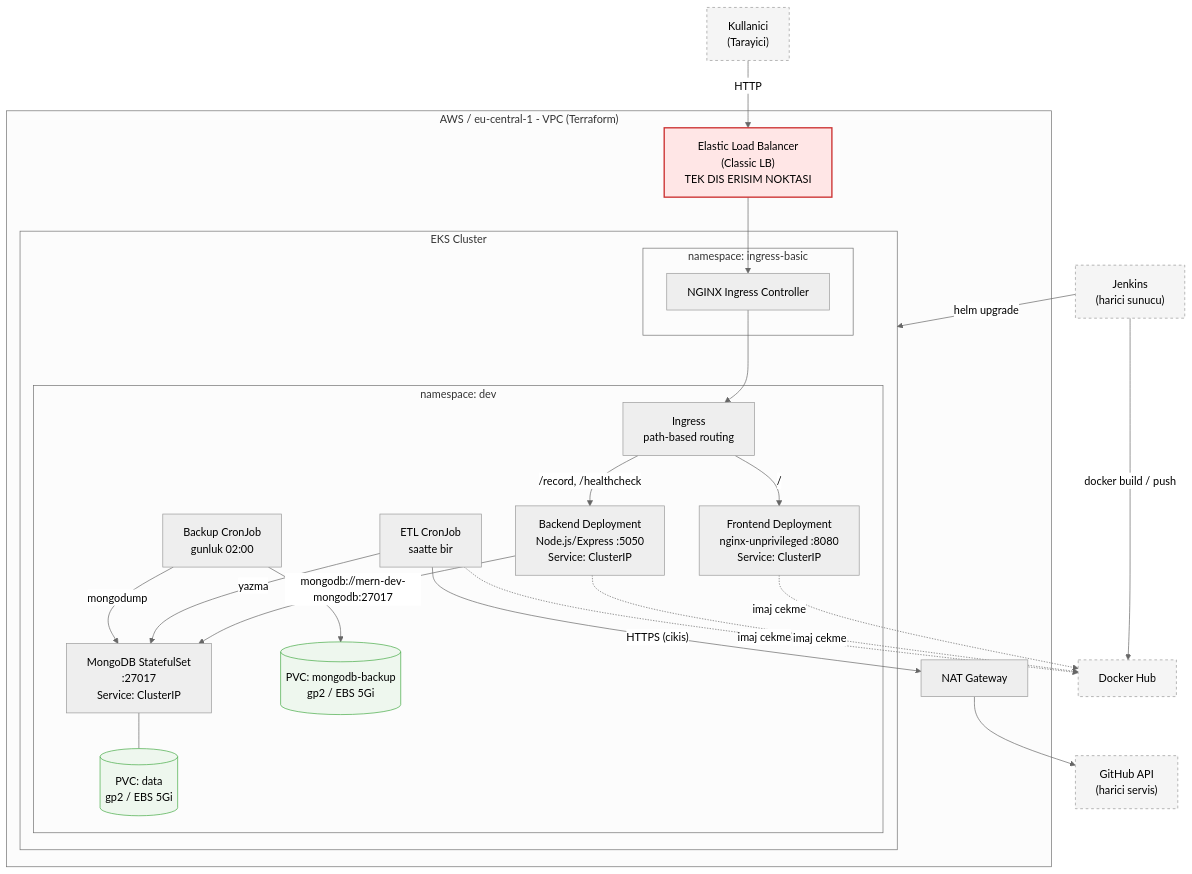
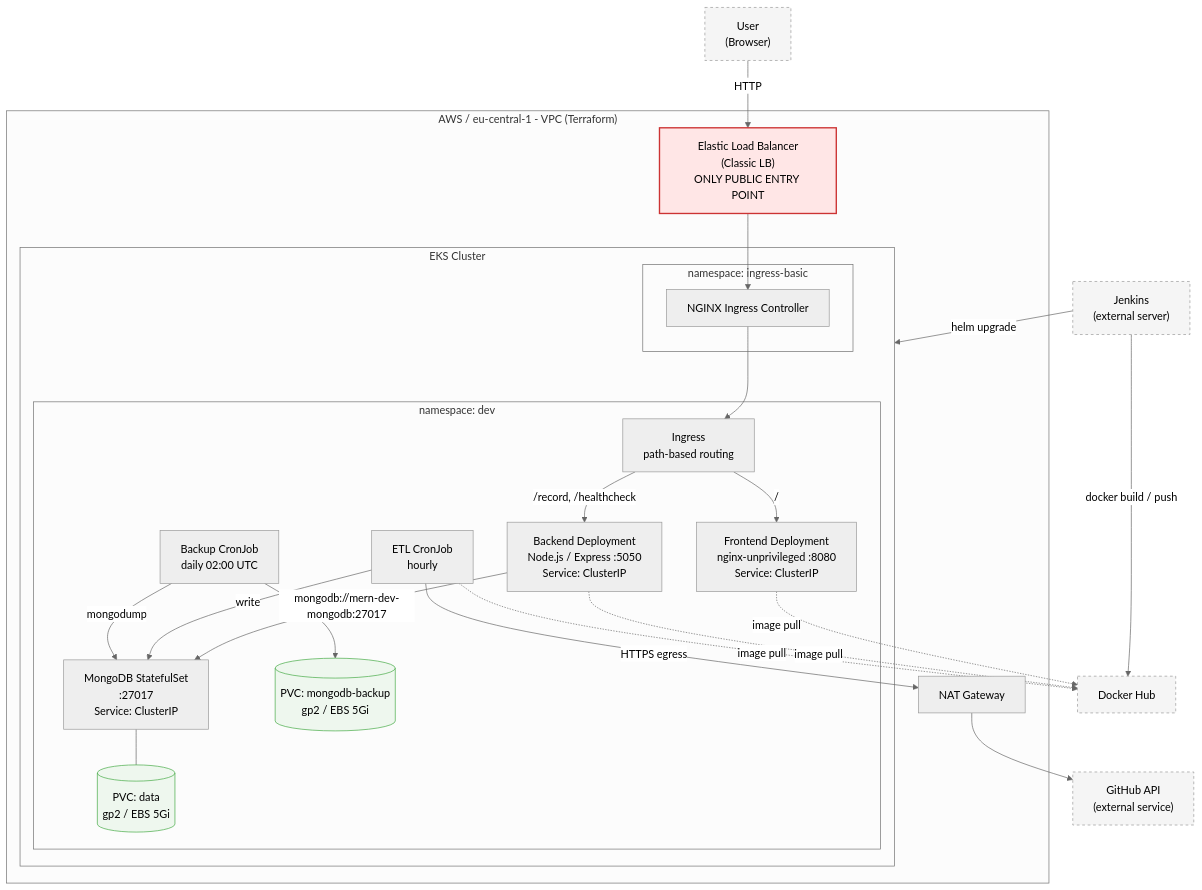
One commit to emrearabacioglu/devops-case changed the diagram in docs/architecture.md. Above: the diagram before and after it, drawn with Mermaid (neutral theme). The commit also changed other lines of this file, not shown here.

````diff
--- a/docs/architecture.md
+++ b/docs/architecture.md
@@ -8,55 +8,55 @@
 ```mermaid
 flowchart TB
-    user["Kullanici<br/>(Tarayici)"]
-    github["GitHub API<br/>(harici servis)"]
-    jenkins["Jenkins<br/>(harici sunucu)"]
+    user["User<br/>(Browser)"]
+    github["GitHub API<br/>(external service)"]
+    jenkins["Jenkins<br/>(external server)"]
     dockerhub["Docker Hub"]
 
     subgraph aws["AWS / eu-central-1 - VPC (Terraform)"]
-        elb["Elastic Load Balancer<br/>(Classic LB)<br/>TEK DIS ERISIM NOKTASI"]
+        elb["Elastic Load Balancer<br/>(Classic LB)<br/>ONLY PUBLIC ENTRY POINT"]
         nat["NAT Gateway"]
 
         subgraph eks["EKS Cluster"]
             subgraph nsingress["namespace: ingress-basic"]
                 nginx["NGINX Ingress Controller"]
             end
 
             subgraph nsdev["namespace: dev"]
                 ing["Ingress<br/>path-based routing"]
                 fe["Frontend Deployment<br/>nginx-unprivileged :8080<br/>Service: ClusterIP"]
-                be["Backend Deployment<br/>Node.js/Express :5050<br/>Service: ClusterIP"]
+                be["Backend Deployment<br/>Node.js / Express :5050<br/>Service: ClusterIP"]
                 mongo["MongoDB StatefulSet<br/>:27017<br/>Service: ClusterIP"]
                 pvcdata[("PVC: data<br/>gp2 / EBS 5Gi")]
-                etl["ETL CronJob<br/>saatte bir"]
-                bkp["Backup CronJob<br/>gunluk 02:00"]
+                etl["ETL CronJob<br/>hourly"]
+                bkp["Backup CronJob<br/>daily 02:00 UTC"]
                 pvcbkp[("PVC: mongodb-backup<br/>gp2 / EBS 5Gi")]
             end
         end
     end
 
     user -->|HTTP| elb
     elb --> nginx
     nginx --> ing
     ing -->|"/"| fe
     ing -->|"/record, /healthcheck"| be
     be -->|"mongodb://mern-dev-mongodb:27017"| mongo
     mongo --- pvcdata
-    etl -->|yazma| mongo
-    etl -->|"HTTPS (cikis)"| nat
+    etl -->|write| mongo
+    etl -->|"HTTPS egress"| nat
     nat --> github
     bkp -->|mongodump| mongo
     bkp --> pvcbkp
 
     jenkins -->|"docker build / push"| dockerhub
     jenkins -->|"helm upgrade"| eks
-    fe -.->|"imaj cekme"| dockerhub
-    be -.->|"imaj cekme"| dockerhub
-    etl -.->|"imaj cekme"| dockerhub
+    fe -.->|"image pull"| dockerhub
+    be -.->|"image pull"| dockerhub
+    etl -.->|"image pull"| dockerhub
 
     classDef ext fill:#f5f5f5,stroke:#999,stroke-dasharray:4
     classDef entry fill:#ffe6e6,stroke:#c33,stroke-width:2px
     classDef store fill:#eef7ee,stroke:#4a4
     class user,github,jenkins,dockerhub ext
     class elb entry
     class pvcdata,pvcbkp store
 ```
````
